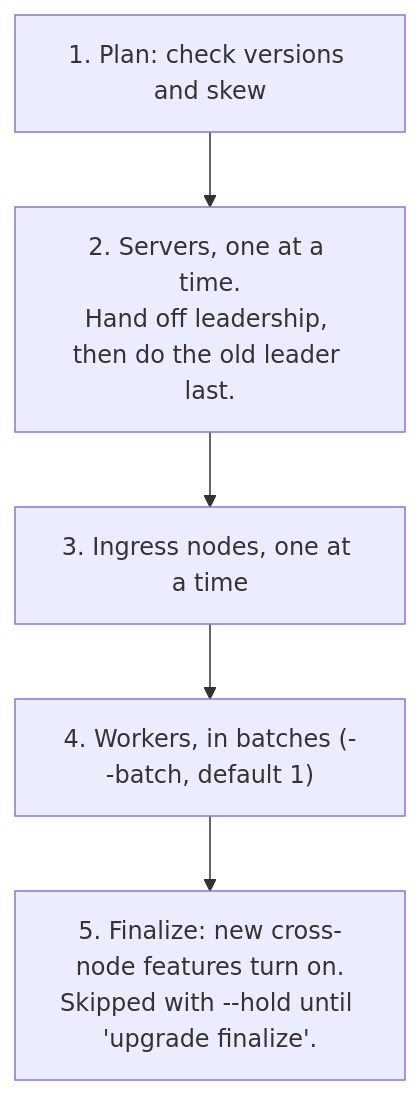
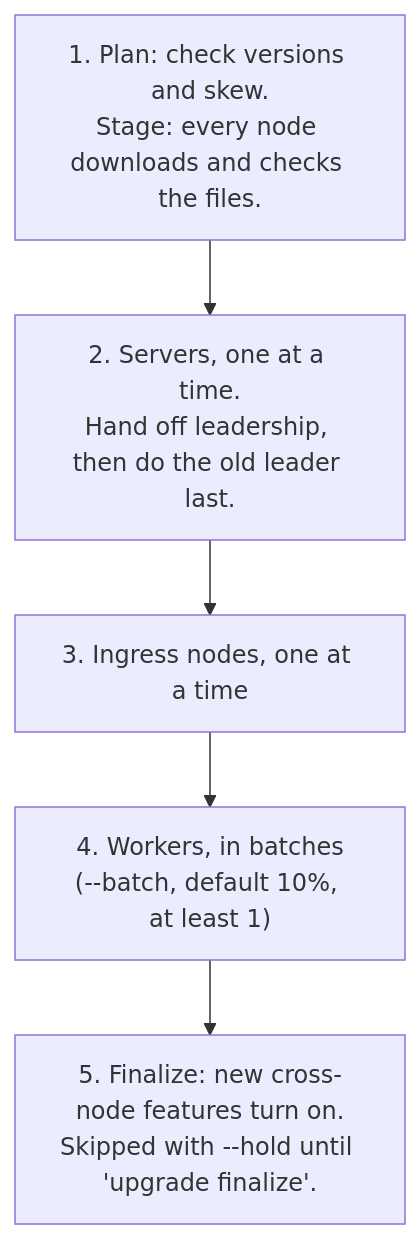
The second of 2 diagrams in plans/kubectl-style-cluster-ops.md (aerol-ai/microvm), drawn with Mermaid before and after one commit. The commit also changed other lines of this file and 2 other files, not shown here.

First line of the commit message:
plans: add the CEO review of the kubectl-style ops plan

````diff
--- a/plans/kubectl-style-cluster-ops.md
+++ b/plans/kubectl-style-cluster-ops.md
@@ -461,7 +560,7 @@
 ```mermaid
 flowchart TB
-    P["1. Plan: check versions and skew"] --> S["2. Servers, one at a time.<br/>Hand off leadership, then do the old leader last."]
+    P["1. Plan: check versions and skew.<br/>Stage: every node downloads and checks the files."] --> S["2. Servers, one at a time.<br/>Hand off leadership, then do the old leader last."]
     S --> I["3. Ingress nodes, one at a time"]
-    I --> W["4. Workers, in batches (--batch, default 1)"]
+    I --> W["4. Workers, in batches<br/>(--batch, default 10%, at least 1)"]
     W --> F["5. Finalize: new cross-node features turn on.<br/>Skipped with --hold until 'upgrade finalize'."]
 ```
````
